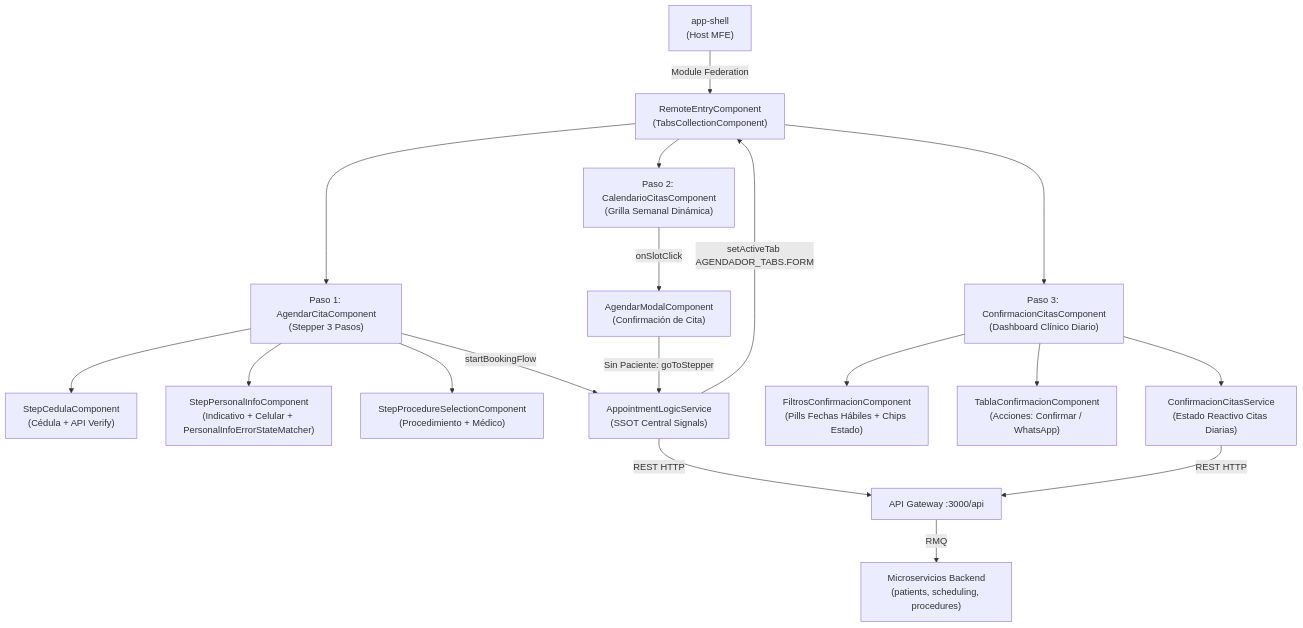
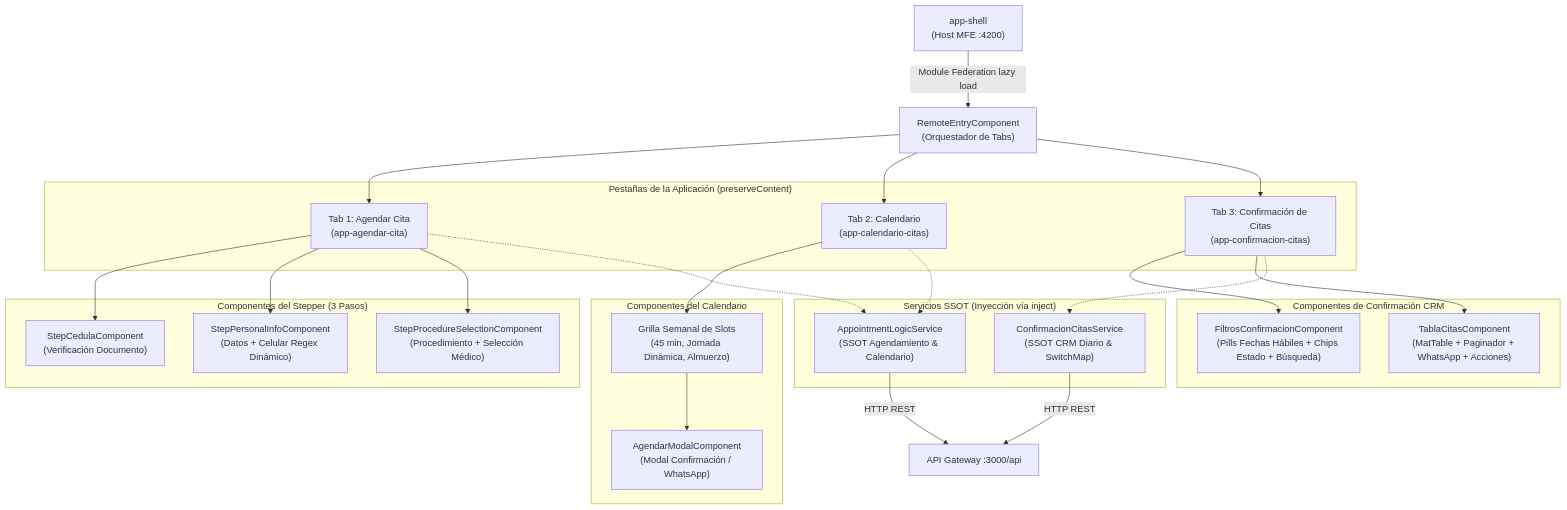
Before and after one commit to ctg-angular-lab/nx-boilerplate: the first of 2 diagrams in docs/documentacion-front/agendador-citas.md, drawn with Mermaid. The commit also changed other lines of this file and 1 other file, not shown here.

First line of the commit message:
docs(architecture): actualizar documentacion tecnica de api-gateway y agendador-citas con guia academica

````diff
--- a/docs/documentacion-front/agendador-citas.md
+++ b/docs/documentacion-front/agendador-citas.md
@@ -36,25 +61,52 @@
 ```mermaid
 graph TD
-    Shell["app-shell\n(Host MFE)"] -->|Module Federation| Entry["RemoteEntryComponent\n(TabsCollectionComponent)"]
+    Host["app-shell\n(Host MFE :4200)"] -->|Module Federation lazy load| Entry["RemoteEntryComponent\n(Orquestador de Tabs)"]
+    
+    subgraph Tabs ["Pestañas de la Aplicación (preserveContent)"]
+        Tab1["Tab 1: Agendar Cita\n(app-agendar-cita)"]
+        Tab2["Tab 2: Calendario\n(app-calendario-citas)"]
+        Tab3["Tab 3: Confirmación de Citas\n(app-confirmacion-citas)"]
+    end
 
-    Entry --> Tab1["Paso 1: AgendarCitaComponent\n(Stepper 3 Pasos)"]
-    Entry --> Tab2["Paso 2: CalendarioCitasComponent\n(Grilla Semanal Dinámica)"]
-    Entry --> Tab3["Paso 3: ConfirmacionCitasComponent\n(Dashboard Clínico Diario)"]
+    Entry --> Tab1
+    Entry --> Tab2
+    Entry --> Tab3
 
-    Tab1 --> Step1["StepCedulaComponent\n(Cédula + API Verify)"]
-    Tab1 --> Step2["StepPersonalInfoComponent\n(Indicativo + Celular + PersonalInfoErrorStateMatcher)"]
-    Tab1 --> Step3["StepProcedureSelectionComponent\n(Procedimiento + Médico)"]
+    subgraph Tab1_Components ["Componentes del Stepper (3 Pasos)"]
+        S1["StepCedulaComponent\n(Verificación Documento)"]
+        S2["StepPersonalInfoComponent\n(Datos + Celular Regex Dinámico)"]
+        S3["StepProcedureSelectionComponent\n(Procedimiento + Selección Médico)"]
+    end
 
-    Tab1 -->|startBookingFlow| SSOT["AppointmentLogicService\n(SSOT Central Signals)"]
-    Tab2 -->|onSlotClick| Modal["AgendarModalComponent\n(Confirmación de Cita)"]
-    Modal -->|Sin Paciente: goToStepper| SSOT
-    SSOT -->|setActiveTab AGENDADOR_TABS.FORM| Entry
+    Tab1 --> S1
+    Tab1 --> S2
+    Tab1 --> S3
 
-    Tab3 --> Filtros["FiltrosConfirmacionComponent\n(Pills Fechas Hábiles + Chips Estado)"]
-    Tab3 --> Tabla["TablaConfirmacionComponent\n(Acciones: Confirmar / WhatsApp)"]
-    Tab3 --> ConfService["ConfirmacionCitasService\n(Estado Reactivo Citas Diarias)"]
+    subgraph Tab2_Components ["Componentes del Calendario"]
+        CalView["Grilla Semanal de Slots\n(45 min, Jornada Dinámica, Almuerzo)"]
+        ModalAgendar["AgendarModalComponent\n(Modal Confirmación / WhatsApp)"]
+    end
 
-    SSOT -->|REST HTTP| Gateway["API Gateway :3000/api"]
-    ConfService -->|REST HTTP| Gateway
-    Gateway -->|RMQ| Backends["Microservicios Backend\n(patients, scheduling, procedures)"]
+    Tab2 --> CalView
+    CalView --> ModalAgendar
+
+    subgraph Tab3_Components ["Componentes de Confirmación CRM"]
+        Filtros["FiltrosConfirmacionComponent\n(Pills Fechas Hábiles + Chips Estado + Búsqueda)"]
+        Tabla["TablaCitasComponent\n(MatTable + Paginador + WhatsApp + Acciones)"]
+    end
+
+    Tab3 --> Filtros
+    Tab3 --> Tabla
+
+    subgraph State_Services ["Servicios SSOT (Inyección vía inject)"]
+        AppLogic["AppointmentLogicService\n(SSOT Agendamiento & Calendario)"]
+        ConfService["ConfirmacionCitasService\n(SSOT CRM Diario & SwitchMap)"]
+    end
+
+    Tab1 -.-> AppLogic
+    Tab2 -.-> AppLogic
+    Tab3 -.-> ConfService
+
+    AppLogic -->|HTTP REST| Gateway["API Gateway :3000/api"]
+    ConfService -->|HTTP REST| Gateway
 ```
````
